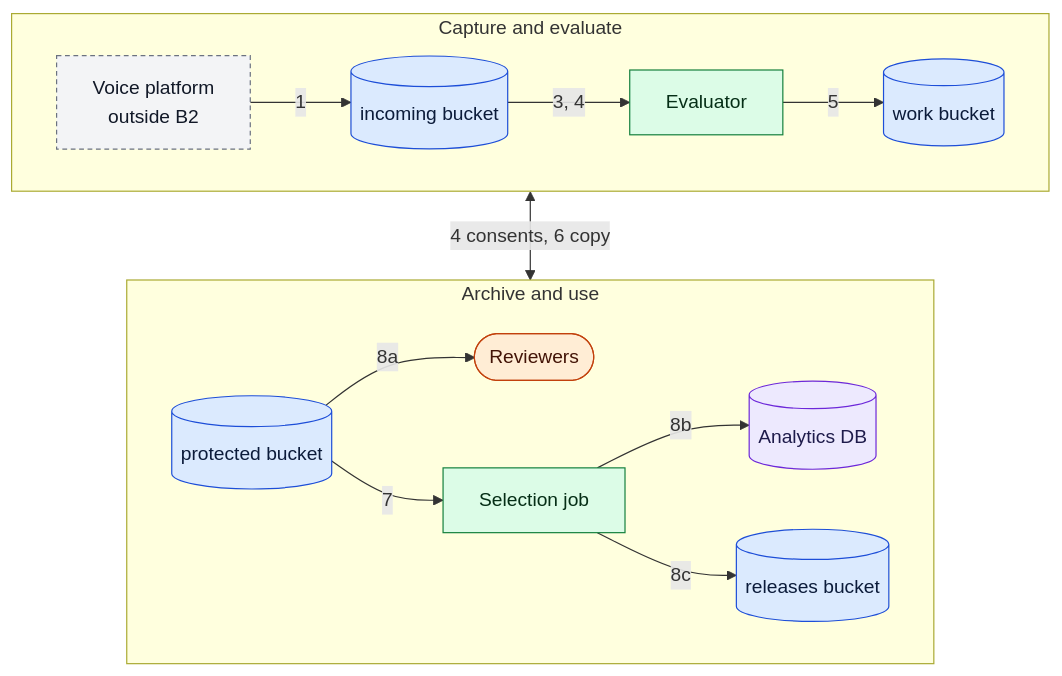
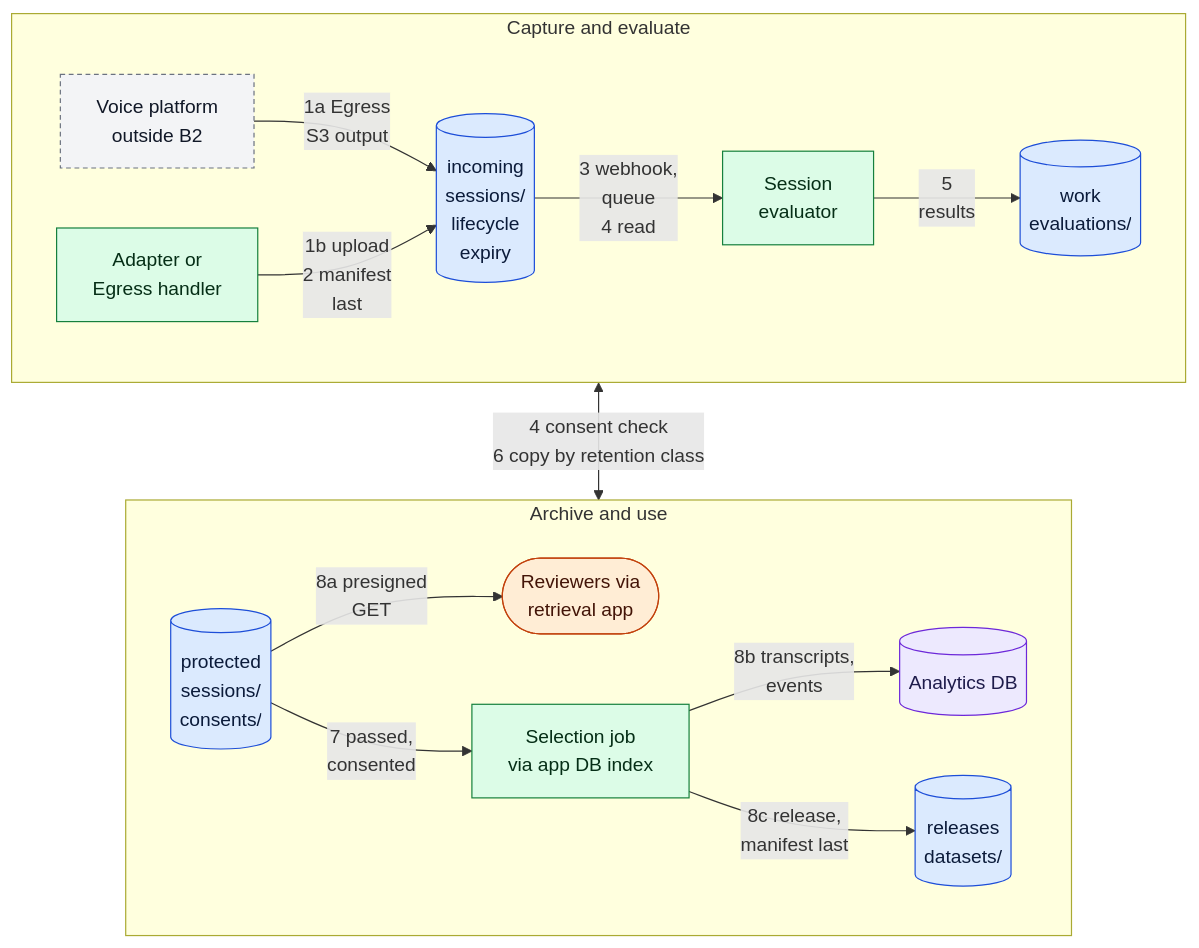
One commit to backblaze-b2-samples/b2-voice-ai-reference-architectures changed the diagram in architectures/voice-agent-session-archive/architecture.md. Above: the diagram before and after it, drawn with Mermaid. The commit also changed other lines of this file and 2 other files, not shown here.

Commit message:
Put readable text back on the diagram edges
Each edge now carries its step number and two to four words saying what
moves or happens, and buckets show their prefix, so the diagrams can be
read without cross-referencing the step lists. Each diagram still fits
in one screen. Details that do not fit stay in the numbered steps.

````diff
--- a/architectures/voice-agent-session-archive/architecture.md
+++ b/architectures/voice-agent-session-archive/architecture.md
@@ -19,37 +19,40 @@
 ```mermaid
 flowchart TB
   subgraph capture["Capture and evaluate"]
     direction LR
     PLAT["Voice platform<br/>outside B2"]
-    INC[("incoming bucket")]
-    EV["Evaluator"]
-    EVR[("work bucket")]
-    PLAT -->|1| INC
-    INC -->|"3, 4"| EV
-    EV -->|5| EVR
+    CAP["Adapter or<br/>Egress handler"]
+    INC[("incoming<br/>sessions/<br/>lifecycle<br/>expiry")]
+    EV["Session<br/>evaluator"]
+    EVR[("work<br/>evaluations/")]
+    PLAT -->|"1a Egress<br/>S3 output"| INC
+    CAP -->|"1b upload<br/>2 manifest<br/>last"| INC
+    INC -->|"3 webhook,<br/>queue<br/>4 read"| EV
+    EV -->|"5<br/>results"| EVR
   end
   subgraph use["Archive and use"]
     direction LR
-    PROT[("protected bucket")]
-    SEL["Selection job"]
-    REV(["Reviewers"])
+    PROT[("protected<br/>sessions/<br/>consents/")]
+    SEL["Selection job<br/>via app DB index"]
+    REV(["Reviewers via<br/>retrieval app"])
     WH[("Analytics DB")]
-    DS[("releases bucket")]
-    PROT -->|8a| REV
-    PROT -->|7| SEL
-    SEL -->|8b| WH
-    SEL -->|8c| DS
+    DS[("releases<br/>datasets/")]
+    PROT -->|"8a presigned<br/>GET"| REV
+    PROT -->|"7 passed,<br/>consented"| SEL
+    SEL -->|"8b transcripts,<br/>events"| WH
+    SEL -->|"8c release,<br/>manifest last"| DS
   end
-  capture <-->|"4 consents, 6 copy"| use
+  capture <-->|"4 consent check<br/>6 copy by retention class"| use
 
   classDef bucket fill:#dbeafe,stroke:#1d4ed8,color:#0b1b3a
   classDef service fill:#dcfce7,stroke:#15803d,color:#052e16
   classDef external fill:#f3f4f6,stroke:#6b7280,color:#111827,stroke-dasharray:4 3
   classDef store fill:#ede9fe,stroke:#6d28d9,color:#1e1b4b
   classDef human fill:#ffedd5,stroke:#c2410c,color:#431407
+  classDef gone fill:#fee2e2,stroke:#b91c1c,color:#450a0a
   class INC,EVR,PROT,DS bucket
-  class EV,SEL service
+  class CAP,EV,SEL service
   class PLAT external
   class WH store
   class REV human
 ```
````
